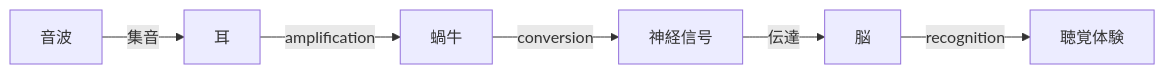
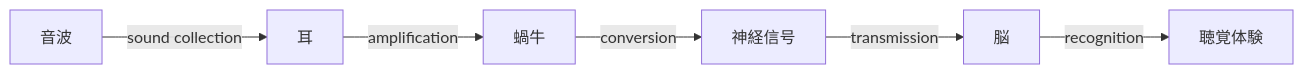
Before and after one commit to monumental-movement/monumental-movement.github.io: the second of 2 diagrams in en/_posts/2025-10-13-Column-Hearing-Health.md, drawn with Mermaid. The commit also changed other lines of this file and 445 other files, not shown here.

```diff
--- a/en/_posts/2025-10-13-Column-Hearing-Health.md
+++ b/en/_posts/2025-10-13-Column-Hearing-Health.md
@@ -118,10 +119,10 @@
 <div class="mermaid">
 
 flowchart LR
-  音波 -->|集音| 耳
+  音波 -->|sound collection| 耳
   耳 -->|amplification| 蝸牛
   蝸牛 -->|conversion| 神経信号
-  神経信号 -->|伝達| 脳
+  神経信号 -->|transmission| 脳
   脳 -->|recognition| 聴覚体験
 
 </div>
```
